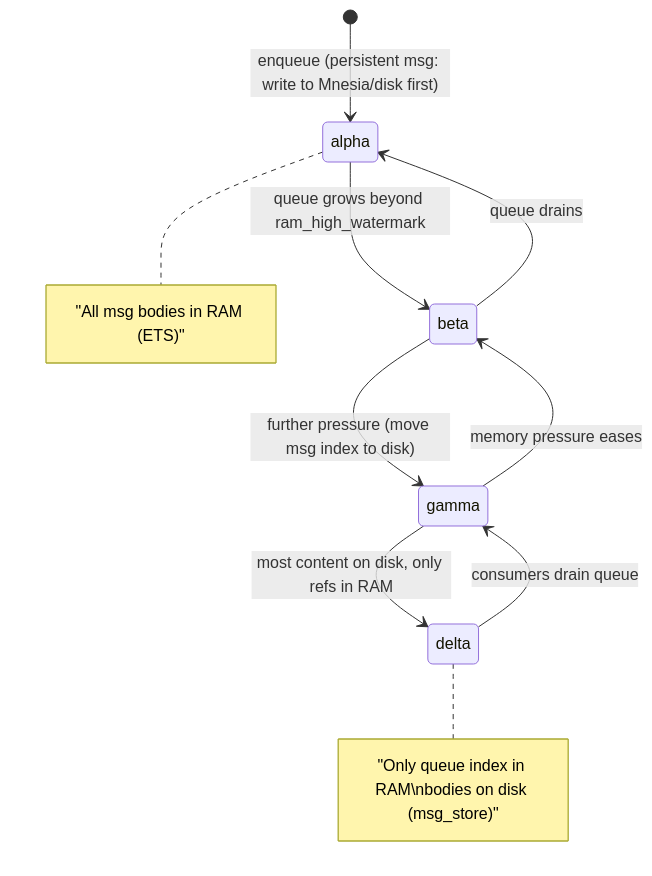
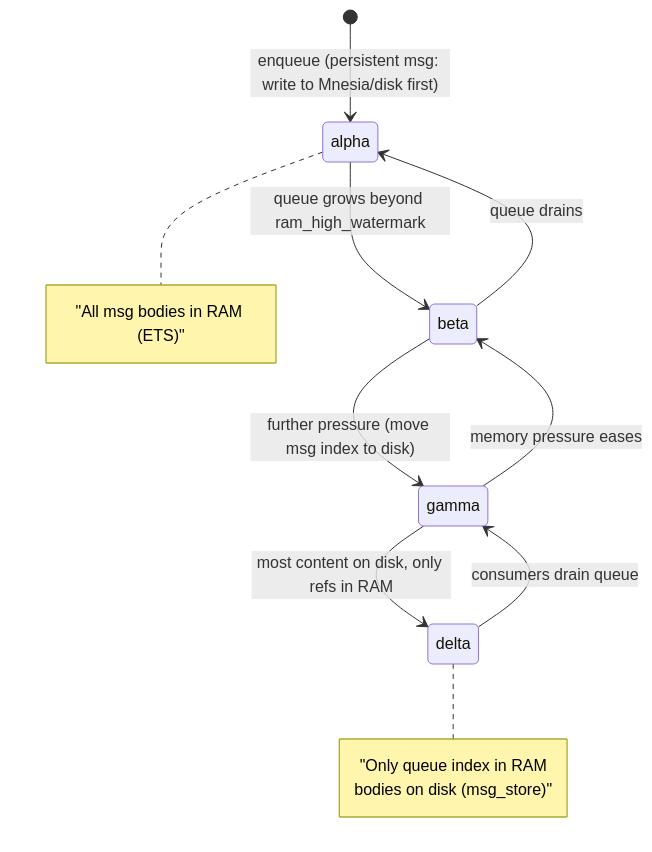
The ninth of 26 diagrams in content/docs/books/kafka/rabbitmq-internals.md (choisimo/document), drawn with Mermaid before and after one commit. The commit also changed other lines of this file and 432 other files, not shown here.

````diff
--- a/content/docs/books/kafka/rabbitmq-internals.md
+++ b/content/docs/books/kafka/rabbitmq-internals.md
@@ -194,13 +194,13 @@
 ```mermaid
 stateDiagram-v2
-    [*] --> alpha: enqueue (persistent msg: write to Mnesia/disk first)
+    [*] --> alpha: enqueue (persistent msg#58; write to Mnesia/disk first)
     alpha --> beta: queue grows beyond ram_high_watermark
     beta --> gamma: further pressure (move msg index to disk)
     gamma --> delta: most content on disk, only refs in RAM
     delta --> gamma: consumers drain queue
     gamma --> beta: memory pressure eases
     beta --> alpha: queue drains
 
     note right of alpha : "All msg bodies in RAM (ETS)"
-    note right of delta : "Only queue index in RAM\nbodies on disk (msg_store)"
+    note right of delta : "Only queue index in RAM<br/>bodies on disk (msg_store)"
 ```
````
